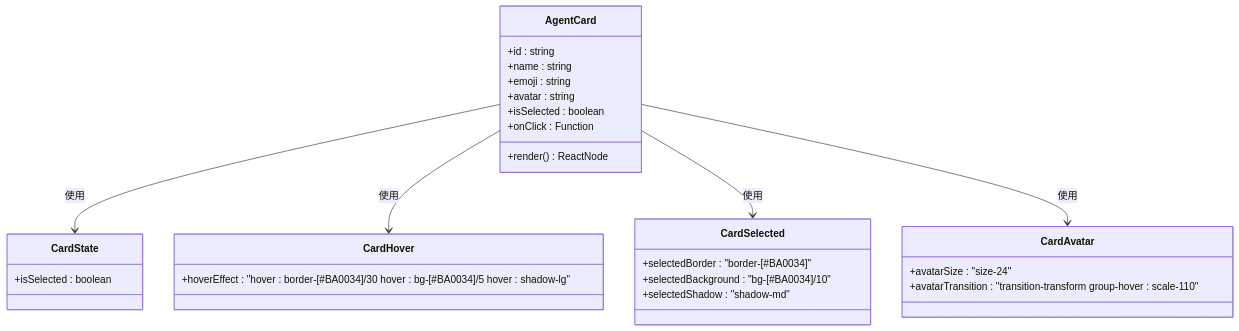
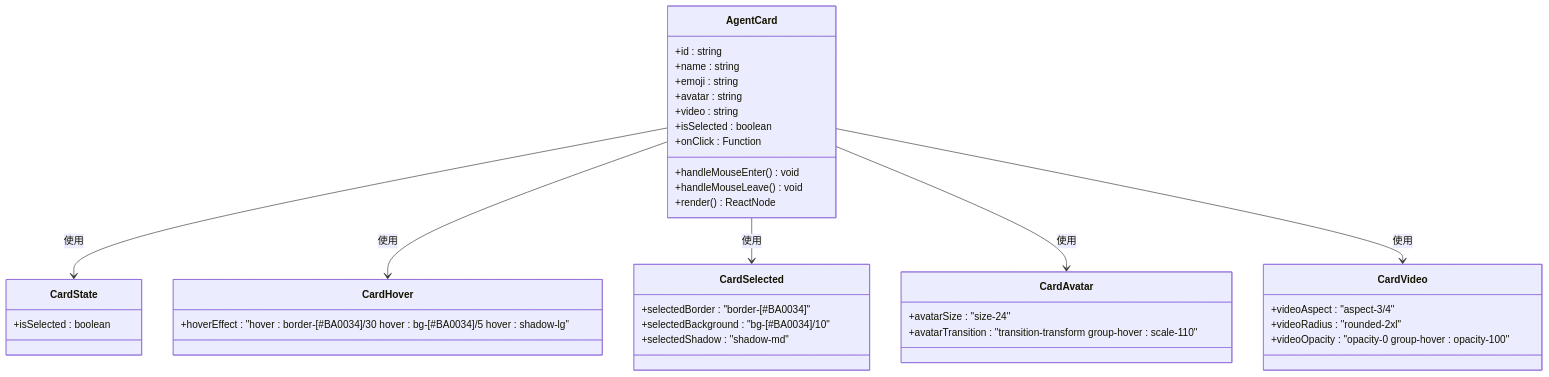
One commit to verse-ai-org/openclaw changed diagram 46 of 51 in .qoder/repowiki/zh/content/Web界面/UI组件系统/UI组件系统.md. Above: the diagram before and after it, drawn with Mermaid. The commit also changed other lines of this file and 27 other files, not shown here.

````diff
--- a/.qoder/repowiki/zh/content/Web界面/UI组件系统/UI组件系统.md
+++ b/.qoder/repowiki/zh/content/Web界面/UI组件系统/UI组件系统.md
@@ -2260,31 +2314,40 @@
 ```mermaid
 classDiagram
 class AgentCard {
 +id : string
 +name : string
 +emoji : string
 +avatar : string
++video : string
 +isSelected : boolean
 +onClick : Function
++handleMouseEnter() void
++handleMouseLeave() void
 +render() ReactNode
 }
 class CardState {
 +isSelected : boolean
 }
 class CardHover {
 +hoverEffect : "hover : border-[#BA0034]/30 hover : bg-[#BA0034]/5 hover : shadow-lg"
 }
 class CardSelected {
 +selectedBorder : "border-[#BA0034]"
 +selectedBackground : "bg-[#BA0034]/10"
 +selectedShadow : "shadow-md"
 }
 class CardAvatar {
 +avatarSize : "size-24"
 +avatarTransition : "transition-transform group-hover : scale-110"
 }
+class CardVideo {
++videoAspect : "aspect-3/4"
++videoRadius : "rounded-2xl"
++videoOpacity : "opacity-0 group-hover : opacity-100"
+}
 AgentCard --> CardState : 使用
 AgentCard --> CardHover : 使用
 AgentCard --> CardSelected : 使用
 AgentCard --> CardAvatar : 使用
+AgentCard --> CardVideo : 使用
 ```
````
